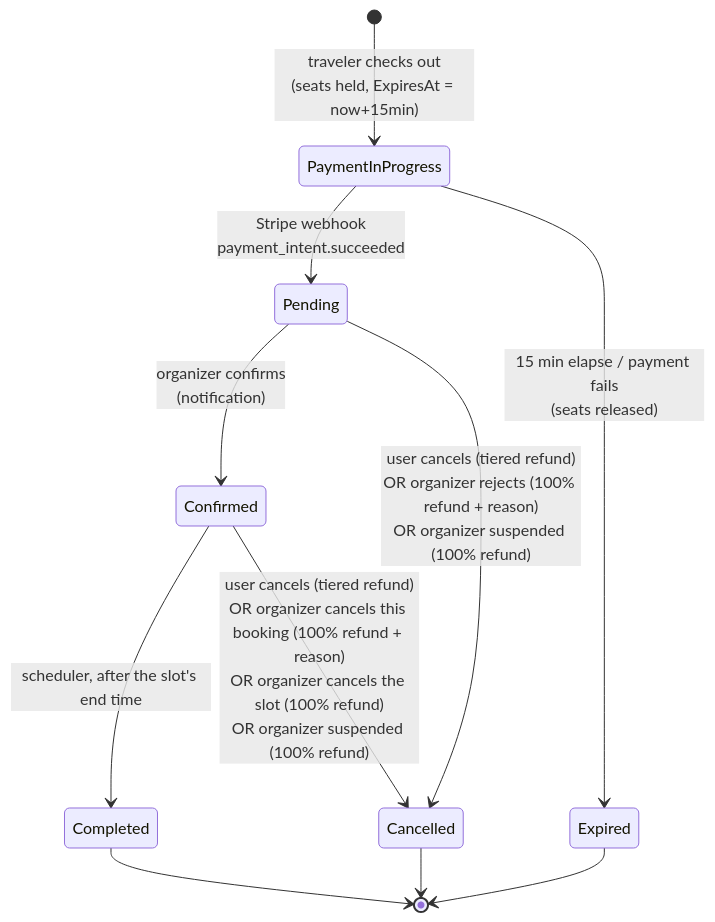
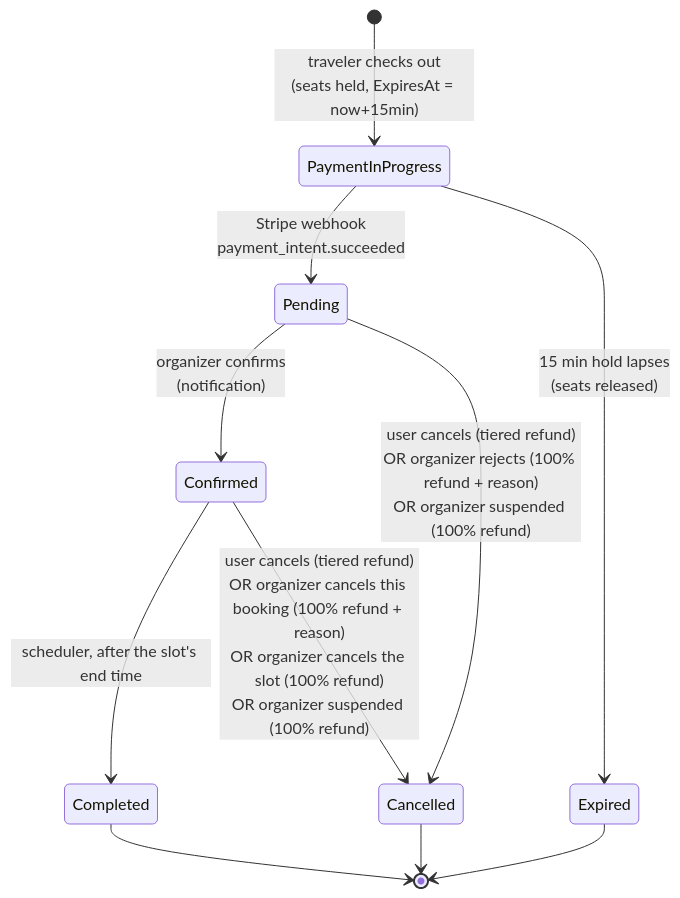
One commit to harisvelispahic/Travle changed the second of 2 diagrams in docs/tours-and-bookings.md. Above: the diagram before and after it, drawn with Mermaid. The commit also changed other lines of this file and 10 other files, not shown here.

````diff
--- a/docs/tours-and-bookings.md
+++ b/docs/tours-and-bookings.md
@@ -231,13 +231,13 @@
 ```mermaid
 stateDiagram-v2
     [*] --> PaymentInProgress : traveler checks out<br/>(seats held, ExpiresAt = now+15min)
     PaymentInProgress --> Pending   : Stripe webhook<br/>payment_intent.succeeded
-    PaymentInProgress --> Expired   : 15 min elapse / payment fails<br/>(seats released)
+    PaymentInProgress --> Expired   : 15 min hold lapses<br/>(seats released)
     Pending --> Confirmed : organizer confirms<br/>(notification)
     Pending --> Cancelled : user cancels (tiered refund)<br/>OR organizer rejects (100% refund + reason)<br/>OR organizer suspended (100% refund)
     Confirmed --> Completed : scheduler, after the slot's end time
     Confirmed --> Cancelled : user cancels (tiered refund)<br/>OR organizer cancels this booking (100% refund + reason)<br/>OR organizer cancels the slot (100% refund)<br/>OR organizer suspended (100% refund)
     Expired --> [*]
     Completed --> [*]
     Cancelled --> [*]
 ```
````
